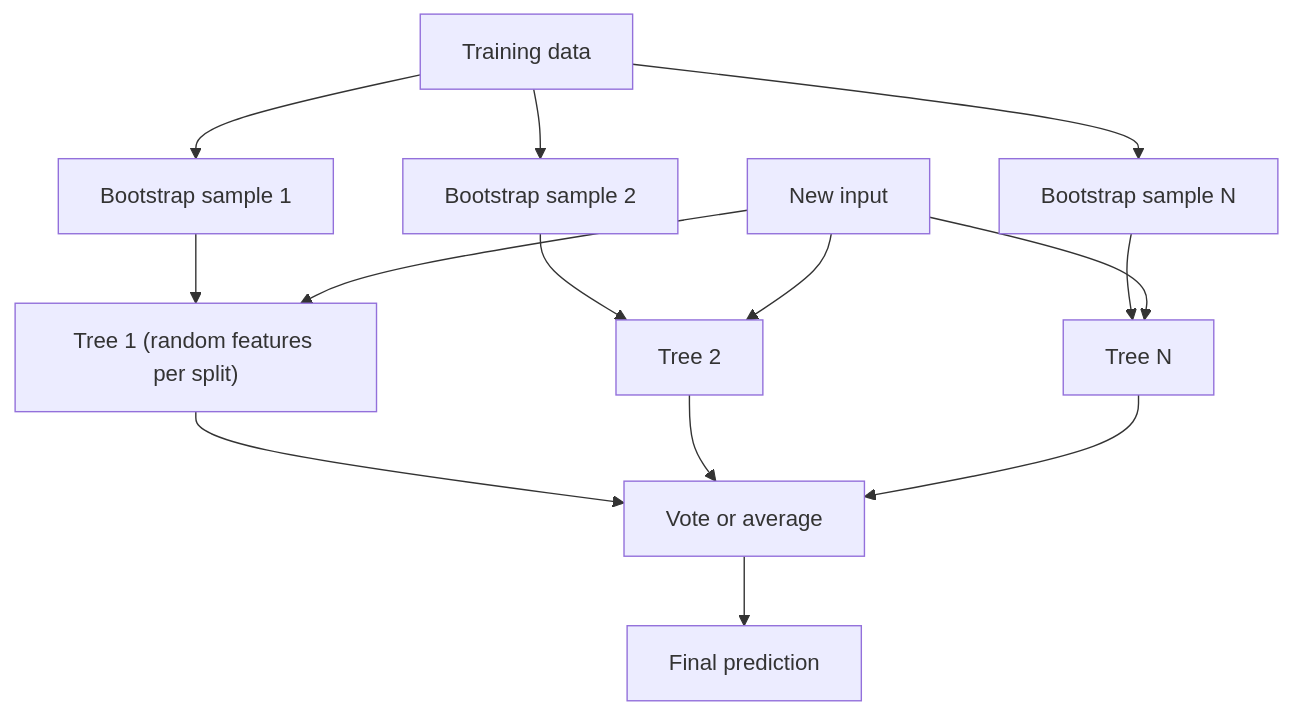
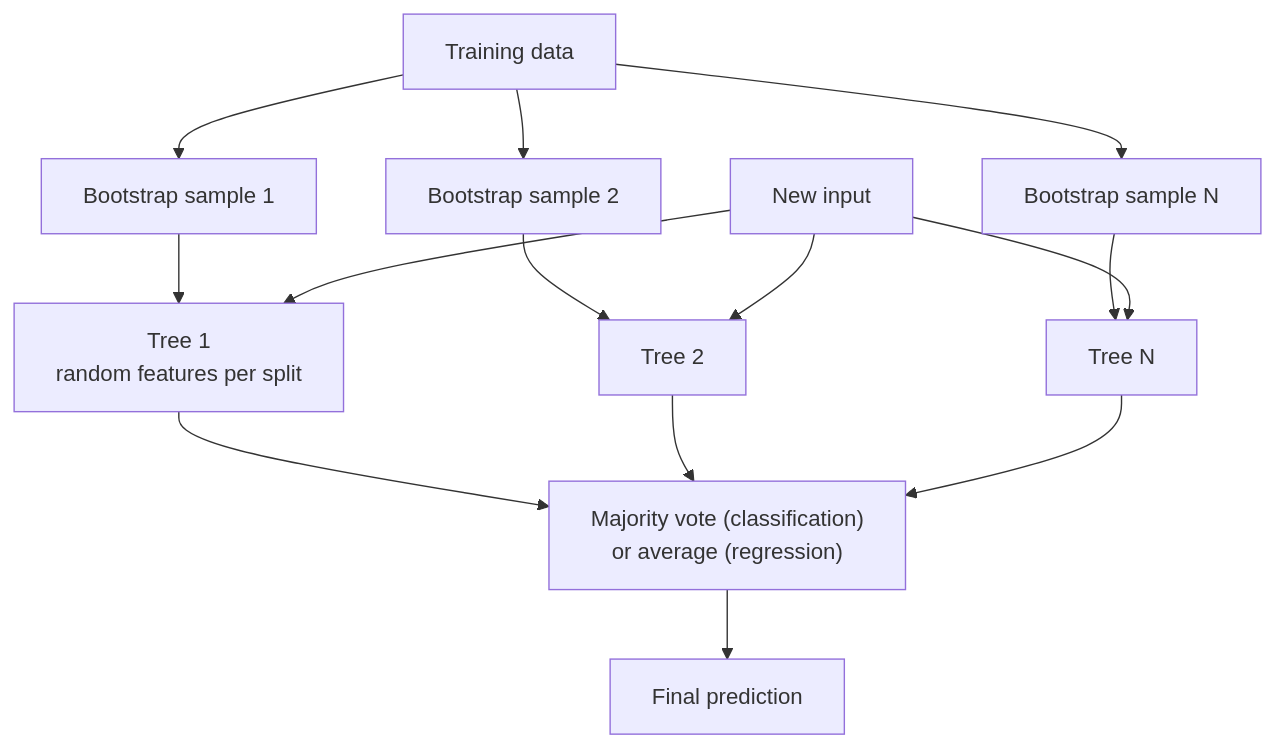
Before and after one commit to kaisarnajar/outcome-school-blogs: the second of 2 diagrams in notes/step-01-machine-learning-foundations/011-decision-trees-and-random-forests.md, drawn with Mermaid. The commit also changed other lines of this file and 233 other files, not shown here.

````diff
--- a/notes/step-01-machine-learning-foundations/011-decision-trees-and-random-forests.md
+++ b/notes/step-01-machine-learning-foundations/011-decision-trees-and-random-forests.md
@@ -45,16 +71,16 @@
 ```mermaid
 flowchart TD
     D["Training data"] --> B1["Bootstrap sample 1"]
     D --> B2["Bootstrap sample 2"]
     D --> B3["Bootstrap sample N"]
-    B1 --> T1["Tree 1 (random features per split)"]
+    B1 --> T1["Tree 1<br/>random features per split"]
     B2 --> T2["Tree 2"]
     B3 --> T3["Tree N"]
-    X["New input"] --> T1
-    X --> T2
-    X --> T3
-    T1 --> V["Vote or average"]
+    NEW["New input"] --> T1
+    NEW --> T2
+    NEW --> T3
+    T1 --> V["Majority vote (classification)<br/>or average (regression)"]
     T2 --> V
     T3 --> V
-    V --> R["Final prediction"]
+    V --> OUT["Final prediction"]
 ```
````
